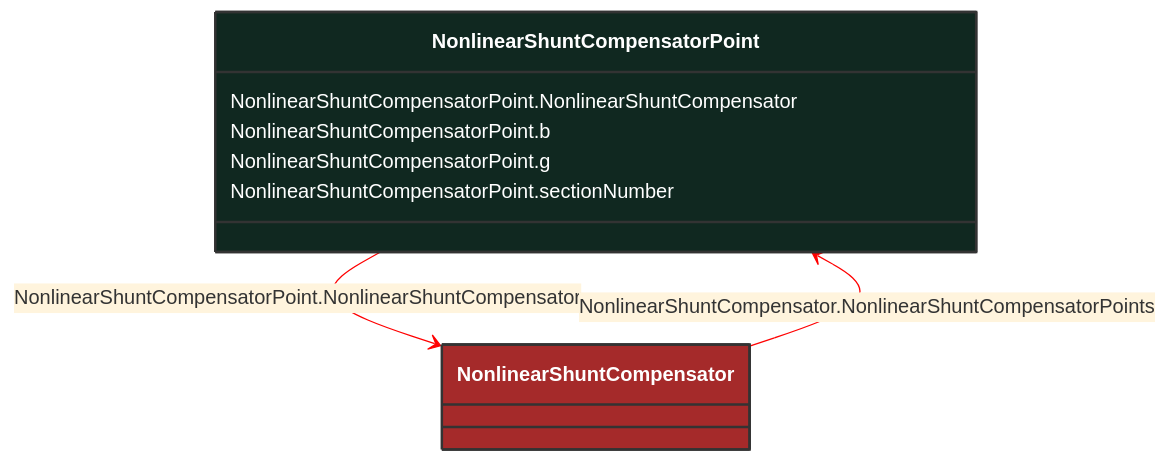
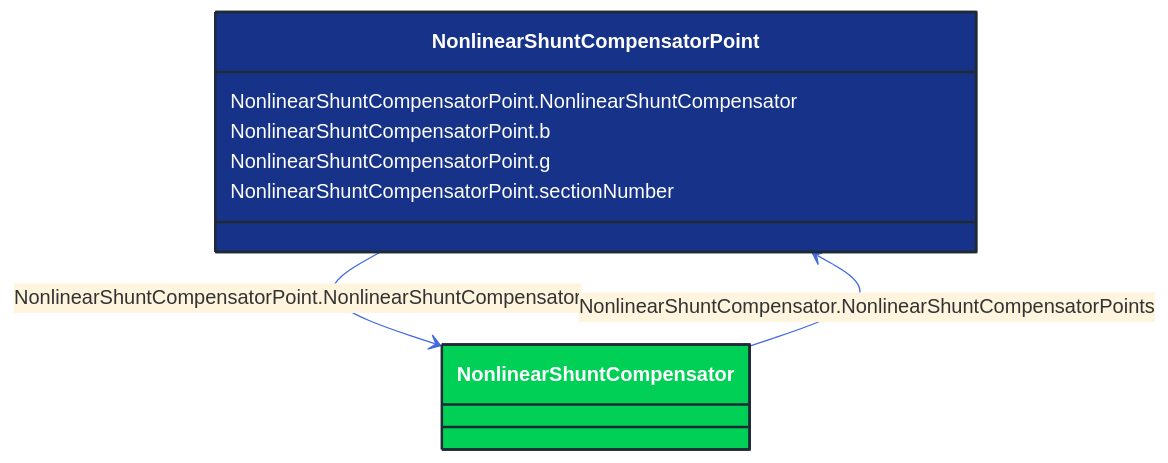
One commit to 3lbits/NoCIMExtensions changed the diagram in docs/Models/Profiles/CoreEquipment/ConcreteClasses/NonlinearShuntCompensatorPoint.md. Above: the diagram before and after it, drawn with Mermaid. The commit also changed 362 other files, not shown here.

First line of the commit message:
Update diagrams and styles for improved visual consistency

````diff
--- a/docs/Models/Profiles/CoreEquipment/ConcreteClasses/NonlinearShuntCompensatorPoint.md
+++ b/docs/Models/Profiles/CoreEquipment/ConcreteClasses/NonlinearShuntCompensatorPoint.md
@@ -8,25 +8,25 @@
 ```mermaid
-%%{init: {'theme':'base','themeVariables': {'lineColor': '#FF0000'}}}%%
+%%{init: {'theme':'base','themeVariables': {'lineColor': '#4169E1'}}}%%
 classDiagram
     class NonlinearShuntCompensatorPoint
     click NonlinearShuntCompensatorPoint href "/Models/Profiles/CoreEquipment/ConcreteClasses/NonlinearShuntCompensatorPoint/"
-    style NonlinearShuntCompensatorPoint fill:#102820,stroke:#333,stroke-width:2px,rx:10,ry:10,color:white
+    style NonlinearShuntCompensatorPoint fill:#163289,stroke:#1F2A37,stroke-width:2px,rx:10,ry:10,color:white
 
         NonlinearShuntCompensatorPoint --> NonlinearShuntCompensator : NonlinearShuntCompensatorPoint.NonlinearShuntCompensator
 
         NonlinearShuntCompensator
             click NonlinearShuntCompensator href "/Models/Profiles/CoreEquipment/ConcreteClasses/NonlinearShuntCompensator/"
-            style NonlinearShuntCompensator fill:#A52A2A,stroke:#333,stroke-width:2px,rx:10,ry:10,color:white
+            style NonlinearShuntCompensator fill:#00D156,stroke:#1F2A37,stroke-width:2px,rx:10,ry:10,color:white
 
         NonlinearShuntCompensator --> NonlinearShuntCompensatorPoint : NonlinearShuntCompensator.NonlinearShuntCompensatorPoints
 
         NonlinearShuntCompensator
             click NonlinearShuntCompensator href "/Models/Profiles/CoreEquipment/ConcreteClasses/NonlinearShuntCompensator/"
-            style NonlinearShuntCompensator fill:#A52A2A,stroke:#333,stroke-width:2px,rx:10,ry:10,color:white
+            style NonlinearShuntCompensator fill:#00D156,stroke:#1F2A37,stroke-width:2px,rx:10,ry:10,color:white
 
 
         NonlinearShuntCompensatorPoint : NonlinearShuntCompensatorPoint.NonlinearShuntCompensator
         NonlinearShuntCompensatorPoint : NonlinearShuntCompensatorPoint.b
         NonlinearShuntCompensatorPoint : NonlinearShuntCompensatorPoint.g
         NonlinearShuntCompensatorPoint : NonlinearShuntCompensatorPoint.sectionNumber
 ```
````
